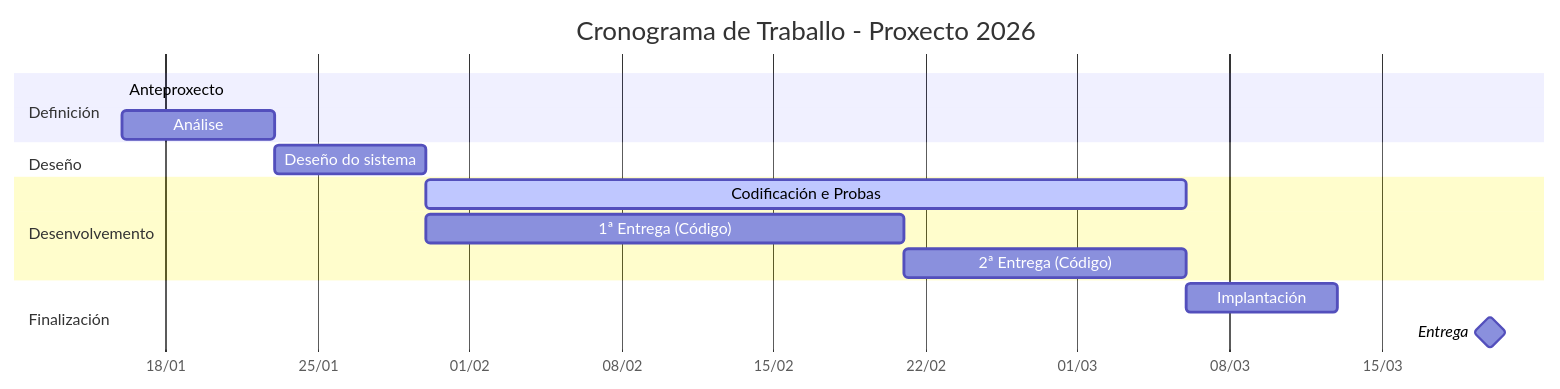
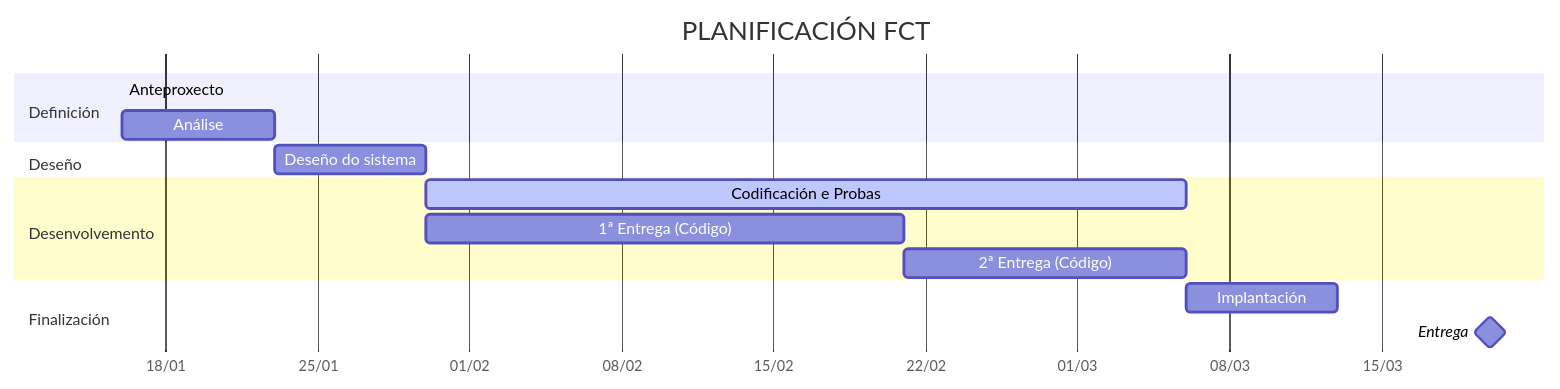
Before and after one commit to RubenOG-dev/Proyecto-DAW-25-26-Ruben-Otero-Gonzalez: the diagram in doc/templates/1_Anteproxecto.md, drawn with Mermaid.

````diff
--- a/doc/templates/1_Anteproxecto.md
+++ b/doc/templates/1_Anteproxecto.md
@@ -201,22 +201,22 @@
 ```mermaid
 gantt
-    title Cronograma de Traballo - Proxecto 2026
+    title PLANIFICACIÓN FCT
     dateFormat  DD/MM/YY
     axisFormat  %d/%m
 
     section Definición
     Anteproxecto           :a1, 16/01/26, 0d
     Análise                :a2, 16/01/26, 7d
     
     section Deseño
     Deseño do sistema      :a3, 23/01/26, 7d
 
     section Desenvolvemento
     Codificación e Probas  :active, a4, 30/01/26, 35d
     1ª Entrega (Código)    :a4, 30/01/26, 22d
     2ª Entrega (Código)    :a4, 21/02/26, 13d
 
     section Finalización
     Implantación           :a5, 06/03/26, 7d
     Entrega                :milestone, 20/03/26, 0d
 ```
````
